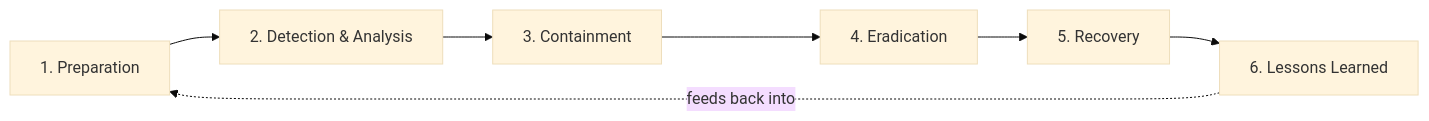
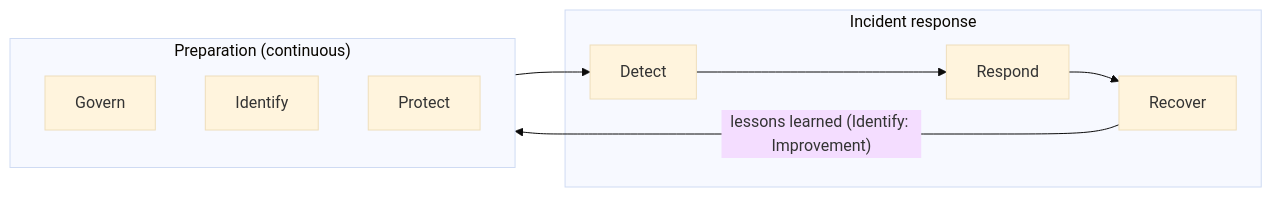
The first of 3 diagrams in github-pages/docs/technology/cybersecurity/incident-response.md (AndrewAltimit/Documentation), drawn with Mermaid (base theme) before and after one commit. The commit also changed other lines of this file and 240 other files, not shown here.

````diff
--- a/github-pages/docs/technology/cybersecurity/incident-response.md
+++ b/github-pages/docs/technology/cybersecurity/incident-response.md
@@ -20,9 +23,15 @@
 ```mermaid
 flowchart LR
-    P["1. Preparation"] --> D["2. Detection &amp; Analysis"]
-    D --> C["3. Containment"]
-    C --> E["4. Eradication"]
-    E --> R["5. Recovery"]
-    R --> L["6. Lessons Learned"]
-    L -. feeds back into .-> P
+    subgraph Before["Preparation (continuous)"]
+        GV["Govern"]
+        ID["Identify"]
+        PR["Protect"]
+    end
+    subgraph During["Incident response"]
+        DE["Detect"]
+        RS["Respond"]
+        RC["Recover"]
+    end
+    Before --> DE --> RS --> RC
+    RC -->|"lessons learned (Identify: Improvement)"| Before
 ```
````
